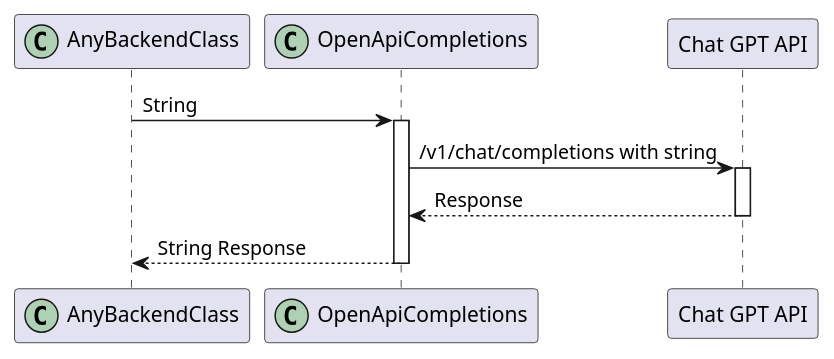
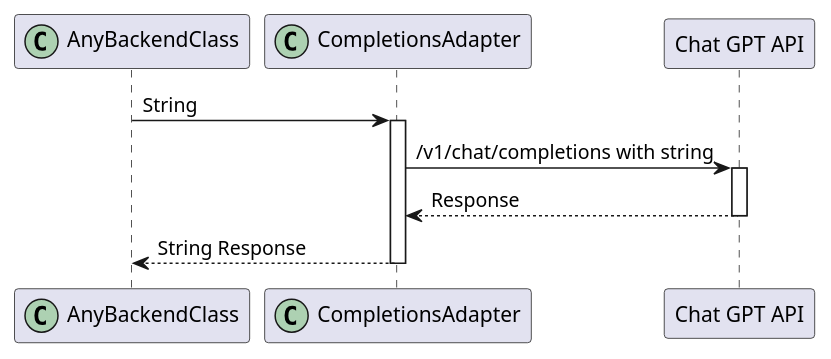
One commit to kambed/FoodzillaArchitecture changed the second of 6 diagrams in SequenceDiagrams.md. Above: the diagram before and after it, drawn with PlantUML. The commit also changed other lines of this file and 17 other files, not shown here.

````diff
--- a/SequenceDiagrams.md
+++ b/SequenceDiagrams.md
@@ -38,14 +40,14 @@
 ```plantuml
 @startuml
 participant AnyBackendClass << (C,#ADD1B2) >>
-participant OpenApiCompletions  << (C,#ADD1B2) >>
+participant CompletionsAdapter  << (C,#ADD1B2) >>
 participant "Chat GPT API" as chatGpt
 
-AnyBackendClass -> OpenApiCompletions: String
-activate OpenApiCompletions
-OpenApiCompletions -> chatGpt: /v1/chat/completions with string
+AnyBackendClass -> CompletionsAdapter: String
+activate CompletionsAdapter
+CompletionsAdapter -> chatGpt: /v1/chat/completions with string
 activate chatGpt
 return Response
 return String Response
 @enduml
 ```
````
